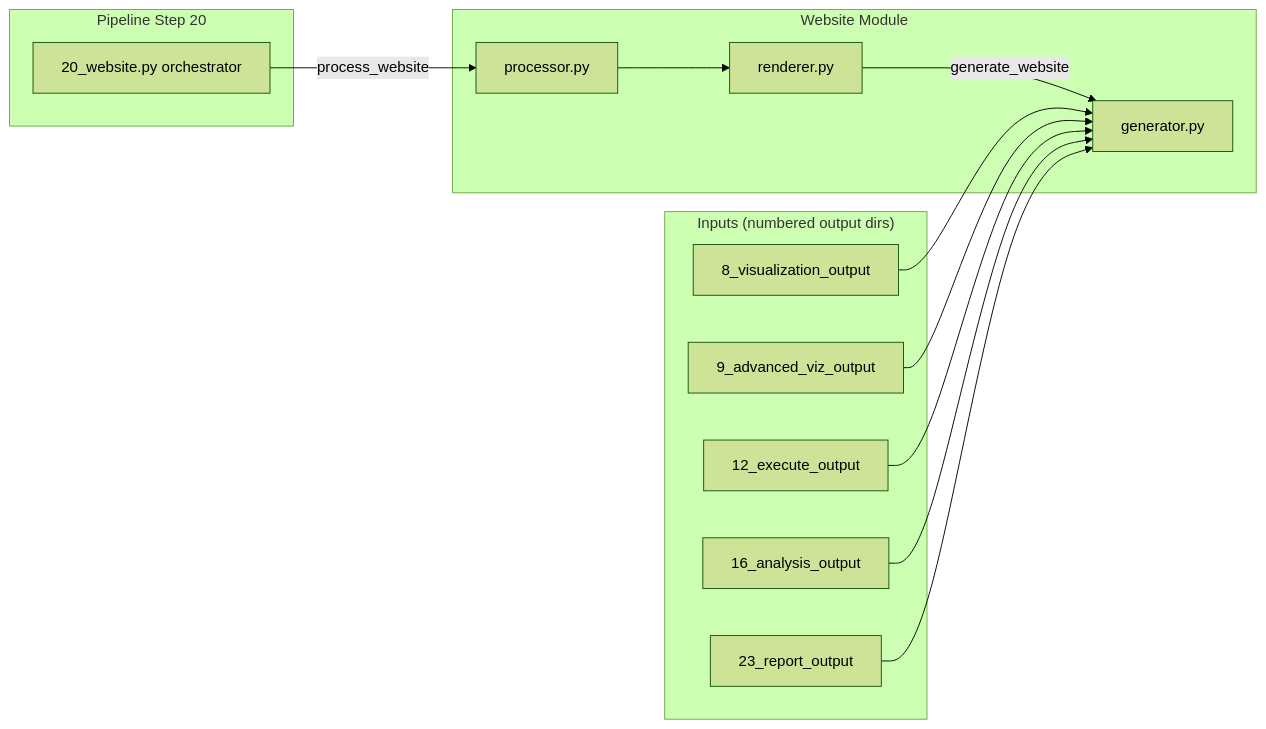
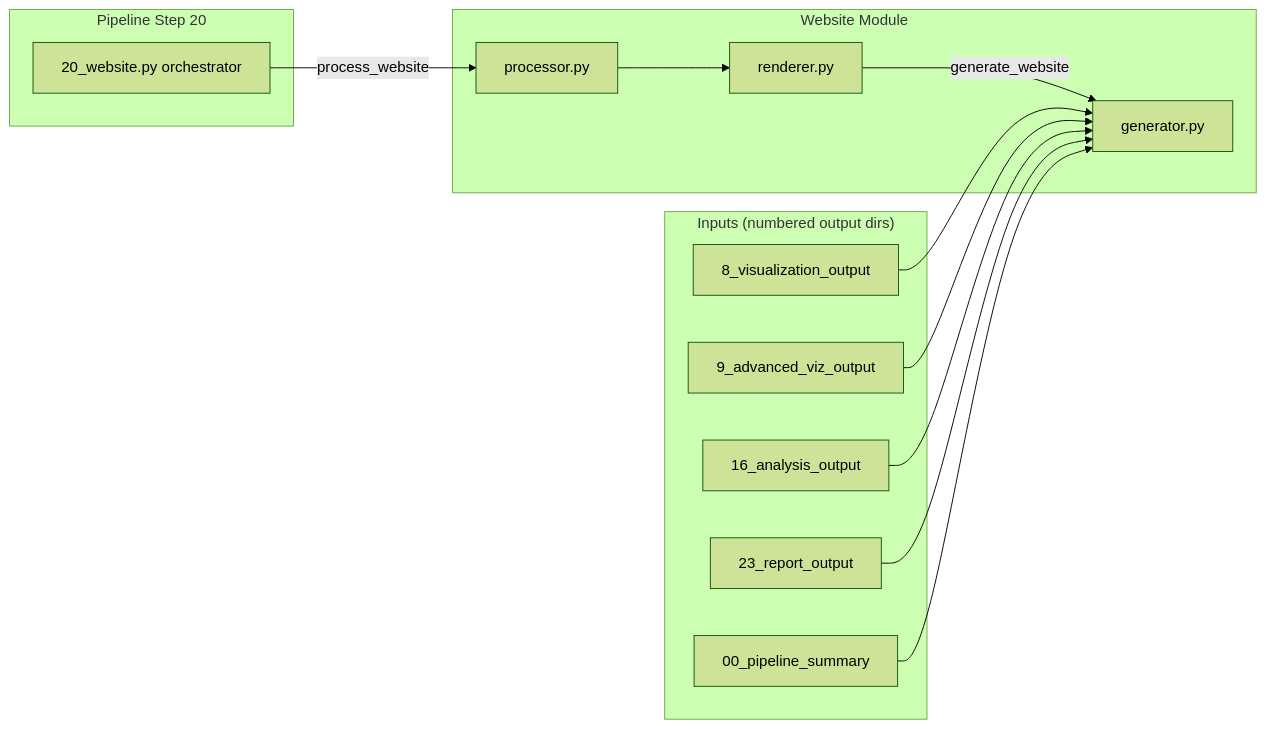
Before and after one commit to ActiveInferenceInstitute/GeneralizedNotationNotation: the diagram in src/gnn/website/README.md, drawn with Mermaid (forest theme). The commit also changed other lines of this file and 3 other files, not shown here.

````diff
--- a/src/gnn/website/README.md
+++ b/src/gnn/website/README.md
@@ -27,30 +27,30 @@
 ```mermaid
 flowchart LR
     subgraph "Pipeline Step 20"
         Step20[20_website.py orchestrator]
     end
 
     subgraph "Website Module"
         Processor[processor.py]
         Renderer[renderer.py]
         Generator[generator.py]
     end
 
     Step20 -->|process_website| Processor
     Processor --> Renderer
     Renderer -->|generate_website| Generator
 
     subgraph "Inputs (numbered output dirs)"
         Step8[8_visualization_output]
         Step9[9_advanced_viz_output]
-        Step12[12_execute_output]
         Step16[16_analysis_output]
         Step23[23_report_output]
+        Summary[00_pipeline_summary]
     end
 
     Step8 --> Generator
     Step9 --> Generator
-    Step12 --> Generator
     Step16 --> Generator
     Step23 --> Generator
+    Summary --> Generator
 ```
````
